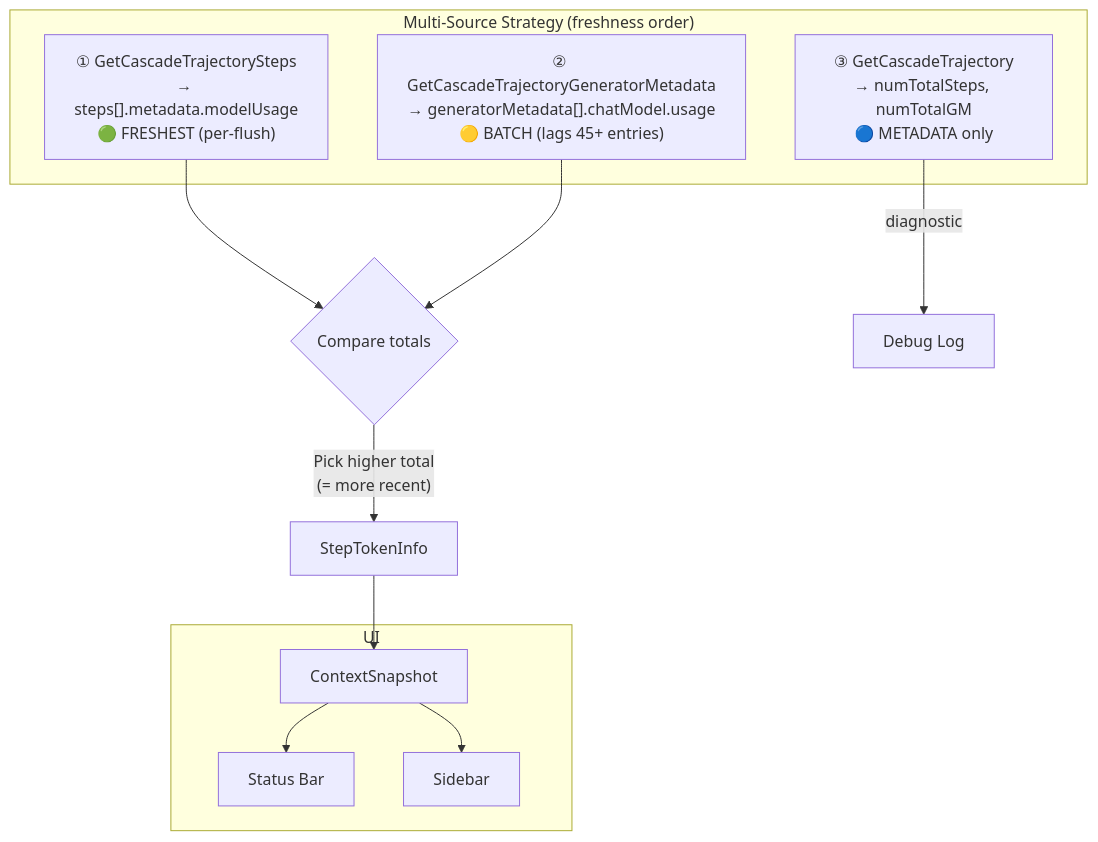
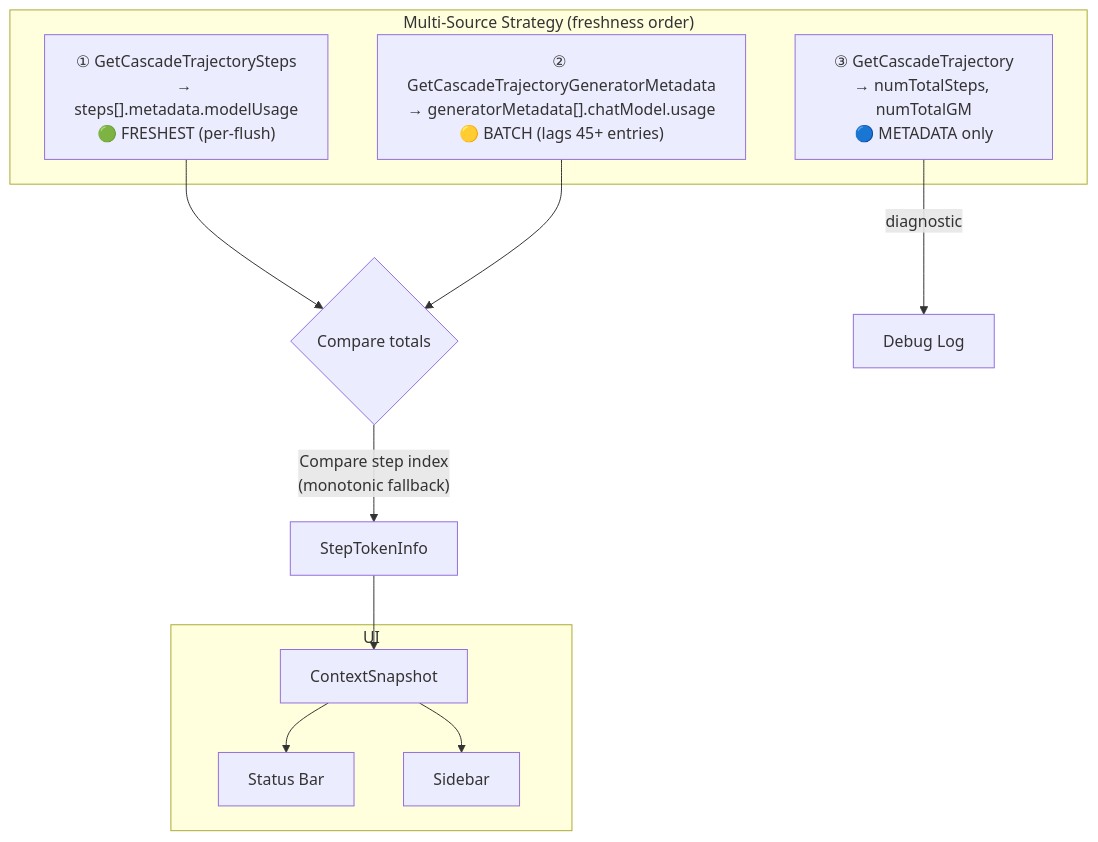
Before and after one commit to jetnet/ag-engineer: the second of 3 diagrams in ARCHITECTURE.md, drawn with Mermaid. The commit also changed other lines of this file and 5 other files, not shown here.

````diff
--- a/ARCHITECTURE.md
+++ b/ARCHITECTURE.md
@@ -64,19 +64,19 @@
 ```mermaid
 flowchart TD
     subgraph "Multi-Source Strategy (freshness order)"
         S1["① GetCascadeTrajectorySteps<br/>→ steps[].metadata.modelUsage<br/>🟢 FRESHEST (per-flush)"]
         S2["② GetCascadeTrajectoryGeneratorMetadata<br/>→ generatorMetadata[].chatModel.usage<br/>🟡 BATCH (lags 45+ entries)"]
         S3["③ GetCascadeTrajectory<br/>→ numTotalSteps, numTotalGM<br/>🔵 METADATA only"]
     end
 
     S1 --> CMP{Compare totals}
     S2 --> CMP
     S3 -->|diagnostic| LOG[Debug Log]
-    CMP -->|"Pick higher total<br/>(= more recent)"| RESULT[StepTokenInfo]
+    CMP -->|"Compare step index<br/>(monotonic fallback)"| RESULT[StepTokenInfo]
     RESULT --> SNAP[ContextSnapshot]
 
     subgraph UI
         SNAP --> SB[Status Bar]
         SNAP --> SIDE[Sidebar]
     end
 ```
````
